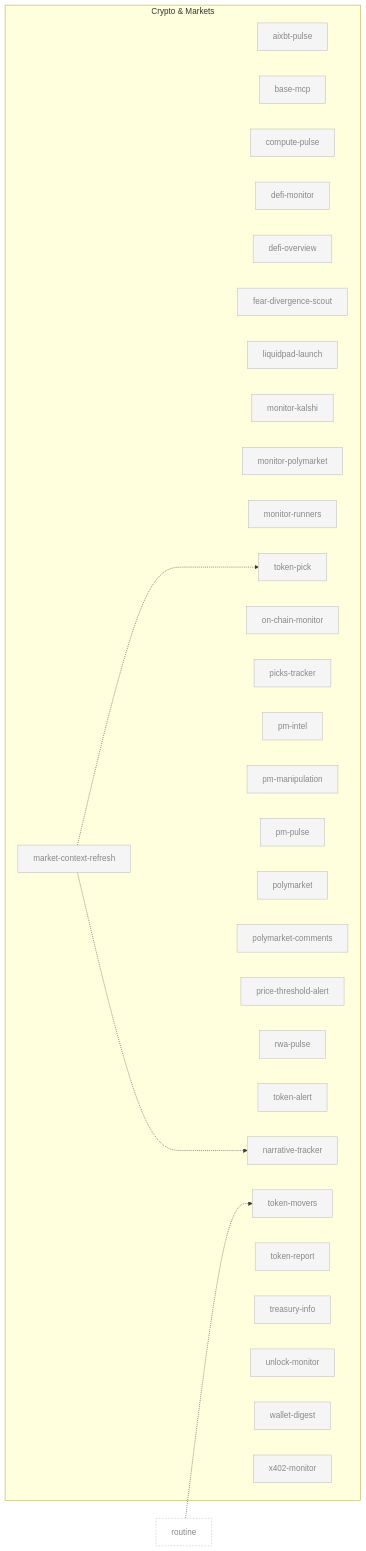
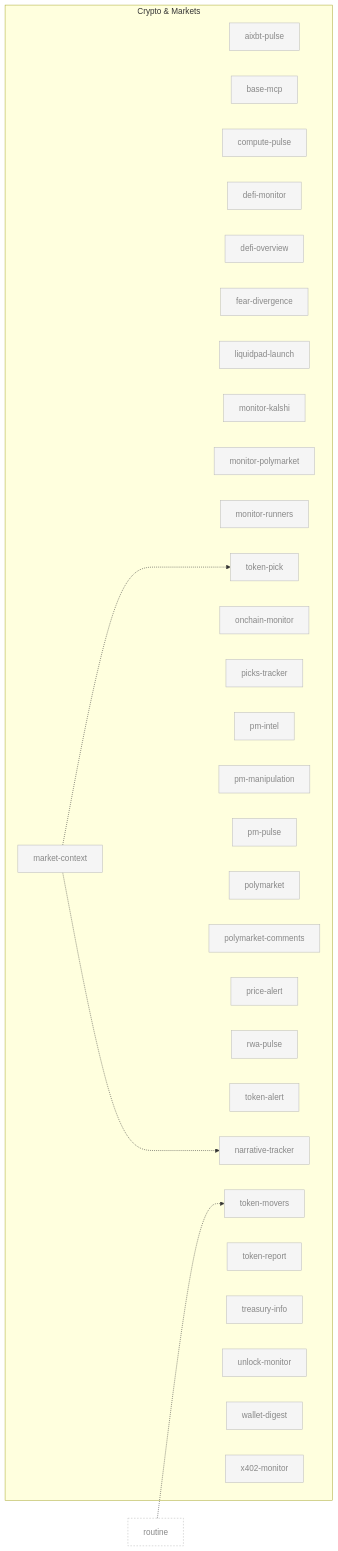
The sixth of 10 diagrams in docs/skill-graph.md (aeonfun/aeon), drawn with Mermaid before and after one commit. The commit also changed other lines of this file and 107 other files, not shown here.

First line of the commit message:
refactor(skills): shorten 30 skill names to two words (#427)

````diff
--- a/docs/skill-graph.md
+++ b/docs/skill-graph.md
@@ -336,74 +336,74 @@
 ```mermaid
 flowchart LR
     subgraph crypto ["Crypto & Markets"]
         aixbt-pulse[aixbt-pulse]
         base-mcp[base-mcp]
         compute-pulse[compute-pulse]
         defi-monitor[defi-monitor]
         defi-overview[defi-overview]
-        fear-divergence-scout[fear-divergence-scout]
+        fear-divergence[fear-divergence]
         liquidpad-launch[liquidpad-launch]
-        market-context-refresh[market-context-refresh]
+        market-context[market-context]
         monitor-kalshi[monitor-kalshi]
         monitor-polymarket[monitor-polymarket]
         monitor-runners[monitor-runners]
         narrative-tracker[narrative-tracker]
-        on-chain-monitor[on-chain-monitor]
+        onchain-monitor[onchain-monitor]
         picks-tracker[picks-tracker]
         pm-intel[pm-intel]
         pm-manipulation[pm-manipulation]
         pm-pulse[pm-pulse]
         polymarket[polymarket]
         polymarket-comments[polymarket-comments]
-        price-threshold-alert[price-threshold-alert]
+        price-alert[price-alert]
         rwa-pulse[rwa-pulse]
         token-alert[token-alert]
         token-movers[token-movers]
         token-pick[token-pick]
         token-report[token-report]
         treasury-info[treasury-info]
         unlock-monitor[unlock-monitor]
         wallet-digest[wallet-digest]
         x402-monitor[x402-monitor]
     end
 
     routine[routine]:::external
 
     routine -.-> token-movers
-    market-context-refresh -..-> token-pick
-    market-context-refresh -..-> narrative-tracker
+    market-context -..-> token-pick
+    market-context -..-> narrative-tracker
 
     classDef default fill:#f5f5f5,stroke:#bbb,color:#888
     classDef enabled fill:#fff,stroke:#000,stroke-width:2px,color:#000
     classDef external fill:none,stroke:#bbb,stroke-dasharray:3 3,color:#888
     click aixbt-pulse "../skills/aixbt-pulse/SKILL.md"
     click base-mcp "../skills/base-mcp/SKILL.md"
     click compute-pulse "../skills/compute-pulse/SKILL.md"
     click defi-monitor "../skills/defi-monitor/SKILL.md"
     click defi-overview "../skills/defi-overview/SKILL.md"
-    click fear-divergence-scout "../skills/fear-divergence-scout/SKILL.md"
+    click fear-divergence "../skills/fear-divergence/SKILL.md"
     click liquidpad-launch "../skills/liquidpad-launch/SKILL.md"
-    click market-context-refresh "../skills/market-context-refresh/SKILL.md"
+    click market-context "../skills/market-context/SKILL.md"
     click monitor-kalshi "../skills/monitor-kalshi/SKILL.md"
     click monitor-polymarket "../skills/monitor-polymarket/SKILL.md"
     click monitor-runners "../skills/monitor-runners/SKILL.md"
     click narrative-tracker "../skills/narrative-tracker/SKILL.md"
-    click on-chain-monitor "../skills/on-chain-monitor/SKILL.md"
+    click onchain-monitor "../skills/onchain-monitor/SKILL.md"
     click picks-tracker "../skills/picks-tracker/SKILL.md"
     click pm-intel "../skills/pm-intel/SKILL.md"
     click pm-manipulation "../skills/pm-manipulation/SKILL.md"
     click pm-pulse "../skills/pm-pulse/SKILL.md"
     click polymarket "../skills/polymarket/SKILL.md"
     click polymarket-comments "../skills/polymarket-comments/SKILL.md"
-    click price-threshold-alert "../skills/price-threshold-alert/SKILL.md"
+    click price-alert "../skills/price-alert/SKILL.md"
     click rwa-pulse "../skills/rwa-pulse/SKILL.md"
     click token-alert "../skills/token-alert/SKILL.md"
     click token-movers "../skills/token-movers/SKILL.md"
     click token-pick "../skills/token-pick/SKILL.md"
     click token-report "../skills/token-report/SKILL.md"
     click treasury-info "../skills/treasury-info/SKILL.md"
     click unlock-monitor "../skills/unlock-monitor/SKILL.md"
     click wallet-digest "../skills/wallet-digest/SKILL.md"
     click x402-monitor "../skills/x402-monitor/SKILL.md"
     click routine "../skills/routine/SKILL.md"
 ```
````
